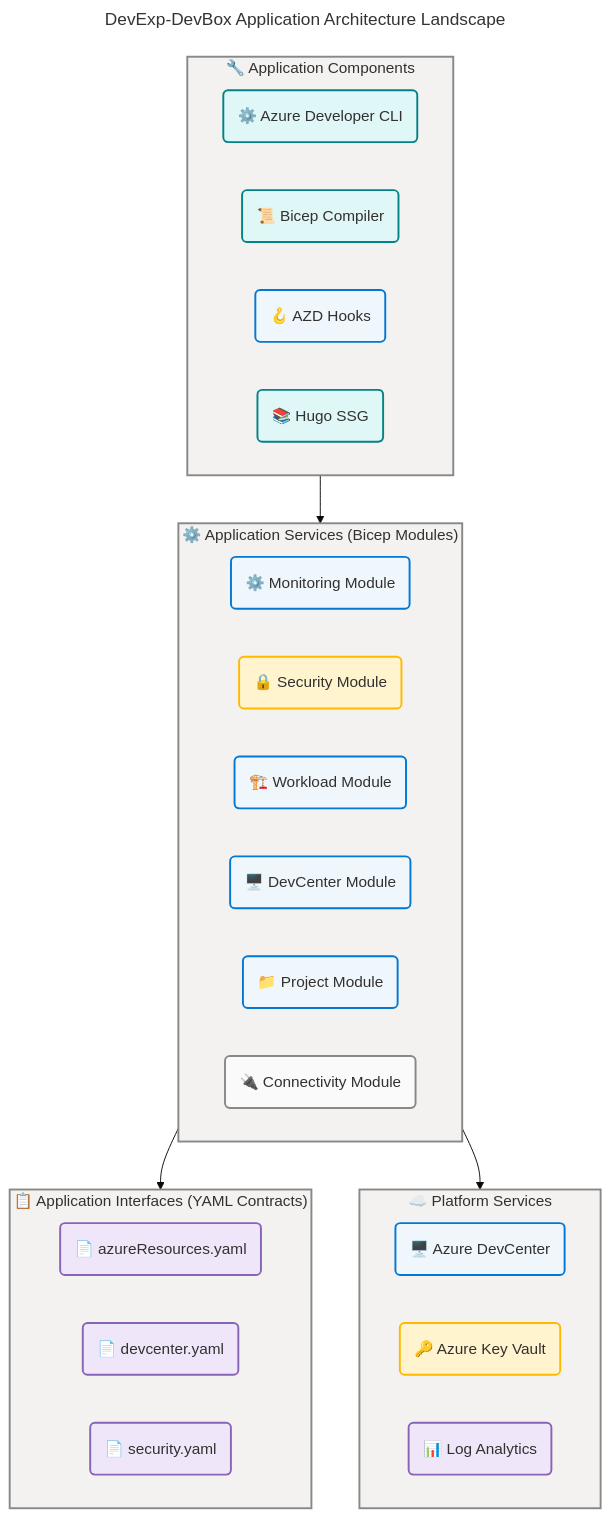
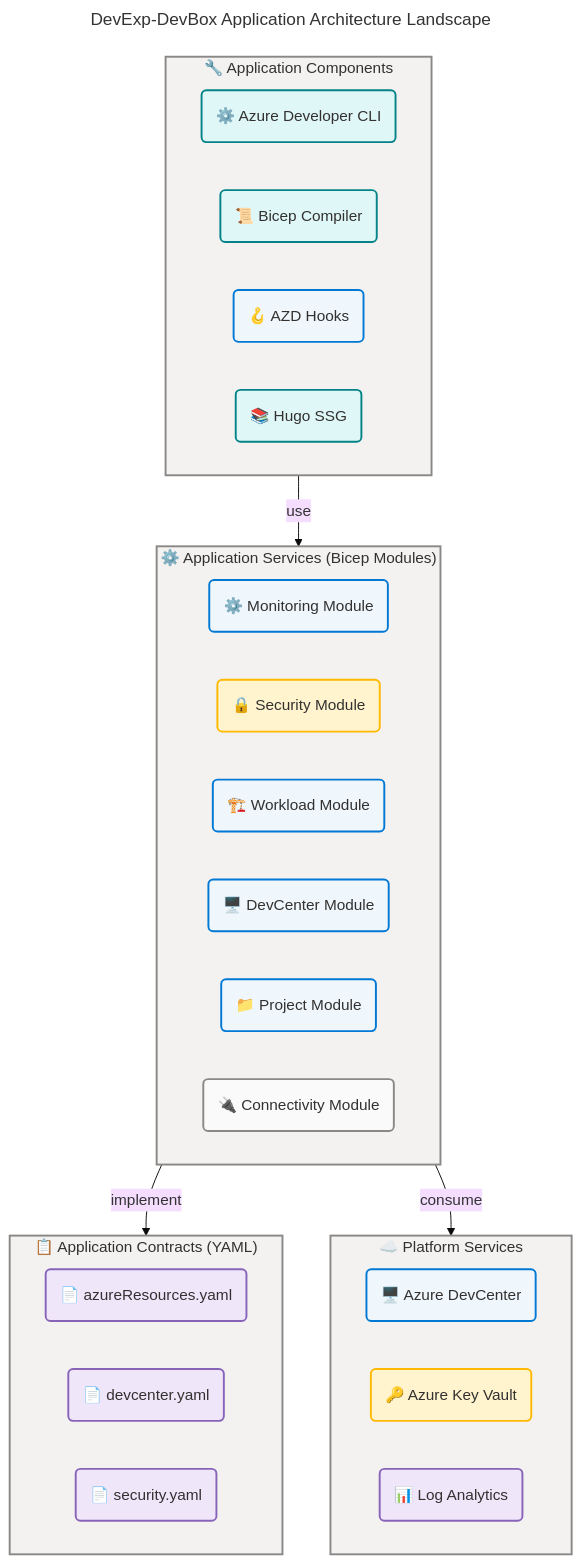
One commit to Evilazaro/DevExp-DevBox changed the first of 15 diagrams in docs/architecture/application-architecture.md. Above: the diagram before and after it, drawn with Mermaid. The commit also changed other lines of this file, not shown here.

Commit message:
refactor: update YAML contract terminology and enhance diagram verification scores for improved clarity

````diff
--- a/docs/architecture/application-architecture.md
+++ b/docs/architecture/application-architecture.md
@@ -87,70 +87,70 @@
 ```mermaid
 ---
 title: DevExp-DevBox Application Architecture Landscape
 config:
   theme: base
   look: classic
   layout: dagre
   themeVariables:
     fontSize: '16px'
   flowchart:
     htmlLabels: true
 ---
 flowchart TB
     accTitle: DevExp-DevBox Application Architecture Landscape
     accDescr: High-level view of application components across the 11 TOGAF Application layer component types for the DevExp-DevBox platform
 
     %% ═══════════════════════════════════════════════════════════════════════════
     %% AZURE / FLUENT ARCHITECTURE PATTERN v1.1
     %% (Semantic + Structural + Font + Accessibility Governance)
     %% ═══════════════════════════════════════════════════════════════════════════
     %% PHASE 1 - FLUENT UI: All styling uses approved Fluent UI palette only
     %% PHASE 2 - GROUPS: Every subgraph has semantic color via style directive
     %% PHASE 3 - COMPONENTS: Every node has semantic classDef + icon prefix
     %% PHASE 4 - ACCESSIBILITY: accTitle/accDescr present, WCAG AA contrast
     %% PHASE 5 - STANDARD: Governance block present, classDefs centralized
     %% ═══════════════════════════════════════════════════════════════════════════
 
     subgraph services["⚙️ Application Services (Bicep Modules)"]
         svc1("⚙️ Monitoring Module"):::core
         svc2("🔒 Security Module"):::warning
         svc3("🏗️ Workload Module"):::core
         svc4("🖥️ DevCenter Module"):::core
         svc5("📁 Project Module"):::core
         svc6("🔌 Connectivity Module"):::neutral
     end
 
-    subgraph contracts["📋 Application Interfaces (YAML Contracts)"]
+    subgraph contracts["📋 Application Contracts (YAML)"]
         iface1("📄 azureResources.yaml"):::data
         iface2("📄 devcenter.yaml"):::data
         iface3("📄 security.yaml"):::data
     end
 
     subgraph runtime["🔧 Application Components"]
         comp1("⚙️ Azure Developer CLI"):::external
         comp2("📜 Bicep Compiler"):::external
         comp3("🪝 AZD Hooks"):::core
         comp4("📚 Hugo SSG"):::external
     end
 
     subgraph platform["☁️ Platform Services"]
         plat1("🖥️ Azure DevCenter"):::core
         plat2("🔑 Azure Key Vault"):::warning
         plat3("📊 Log Analytics"):::data
     end
 
-    runtime --> services
-    services --> contracts
-    services --> platform
+    runtime -->|"use"| services
+    services -->|"implement"| contracts
+    services -->|"consume"| platform
 
     style services fill:#F3F2F1,stroke:#8A8886,stroke-width:2px,color:#323130
     style contracts fill:#F3F2F1,stroke:#8A8886,stroke-width:2px,color:#323130
     style runtime fill:#F3F2F1,stroke:#8A8886,stroke-width:2px,color:#323130
     style platform fill:#F3F2F1,stroke:#8A8886,stroke-width:2px,color:#323130
 
     classDef neutral fill:#FAFAFA,stroke:#8A8886,stroke-width:2px,color:#323130
     classDef core fill:#EFF6FC,stroke:#0078D4,stroke-width:2px,color:#323130
     classDef warning fill:#FFF4CE,stroke:#FFB900,stroke-width:2px,color:#323130
     classDef data fill:#F0E6FA,stroke:#8764B8,stroke-width:2px,color:#323130
     classDef external fill:#E0F7F7,stroke:#038387,stroke-width:2px,color:#323130
 ```
````
